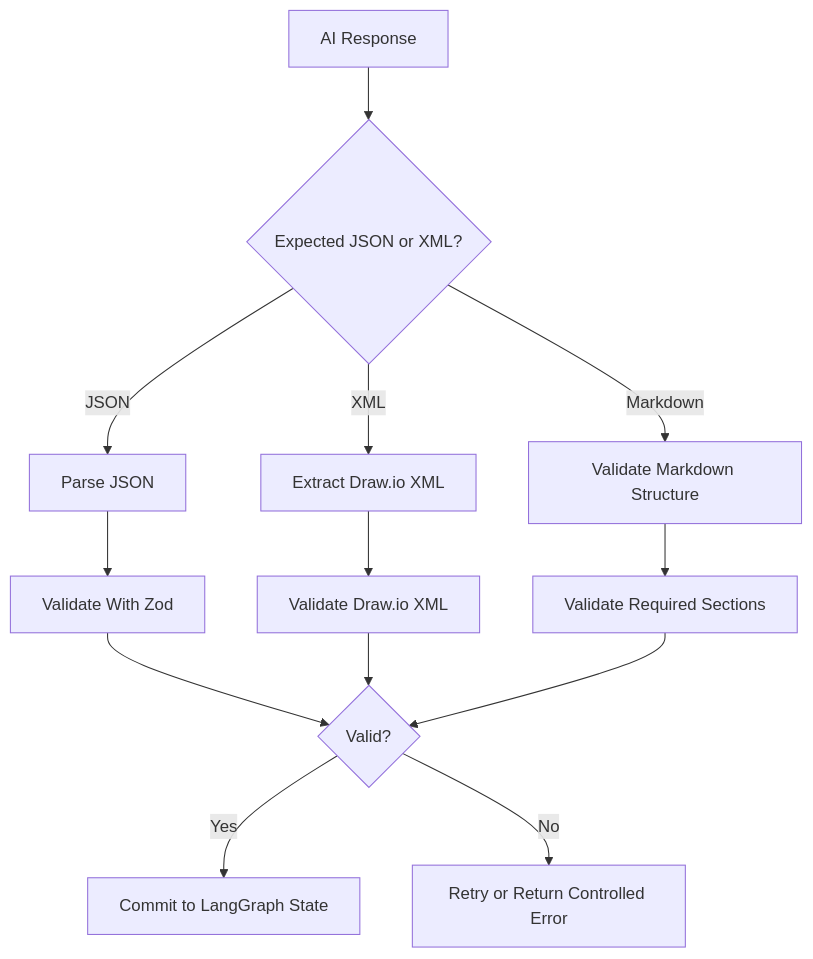
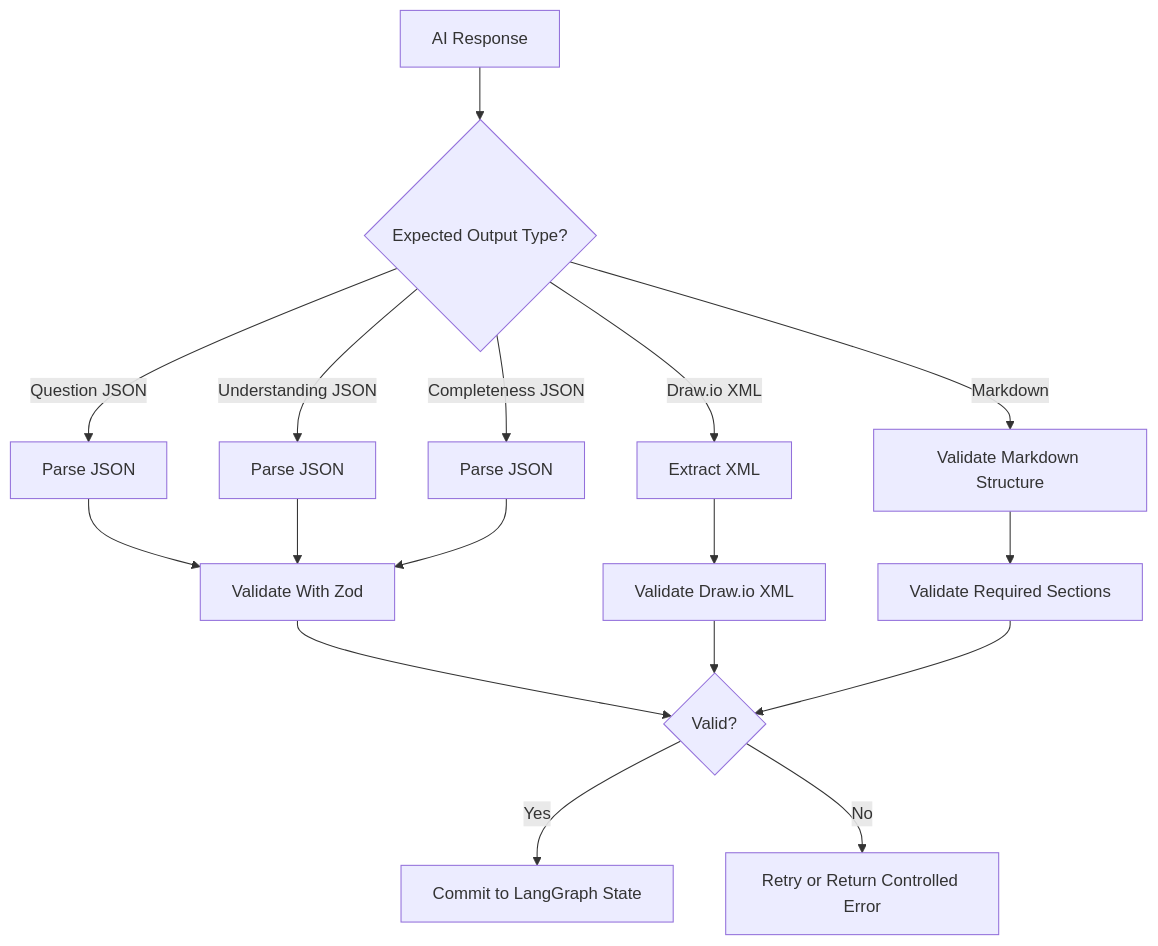
Diagram 14 of 19 in Docs/system-design-detailed-plan.md (ProductMasterz/Mujarrad-Frontend), drawn with Mermaid before and after one commit. The commit also changed other lines of this file, not shown here.

Commit message:
Sync corrected system design roadmap

````diff
--- a/Docs/system-design-detailed-plan.md
+++ b/Docs/system-design-detailed-plan.md
@@ -2084,18 +2130,22 @@
 ```mermaid
 flowchart TD
-    A[AI Response] --> B{Expected JSON or XML?}
-    B -->|JSON| C[Parse JSON]
-    B -->|XML| D[Extract Draw.io XML]
-    B -->|Markdown| E[Validate Markdown Structure]
+    A[AI Response] --> B{Expected Output Type?}
+    B -->|Question JSON| C[Parse JSON]
+    B -->|Understanding JSON| D[Parse JSON]
+    B -->|Completeness JSON| E[Parse JSON]
+    B -->|Draw.io XML| F[Extract XML]
+    B -->|Markdown| G[Validate Markdown Structure]
 
-    C --> F[Validate With Zod]
-    D --> G[Validate Draw.io XML]
-    E --> H[Validate Required Sections]
+    C --> H[Validate With Zod]
+    D --> H
+    E --> H
+    F --> I[Validate Draw.io XML]
+    G --> J[Validate Required Sections]
 
-    F --> I{Valid?}
-    G --> I
-    H --> I
+    H --> K{Valid?}
+    I --> K
+    J --> K
 
-    I -->|Yes| J[Commit to LangGraph State]
-    I -->|No| K[Retry or Return Controlled Error]
+    K -->|Yes| L[Commit to LangGraph State]
+    K -->|No| M[Retry or Return Controlled Error]
 ```
````
